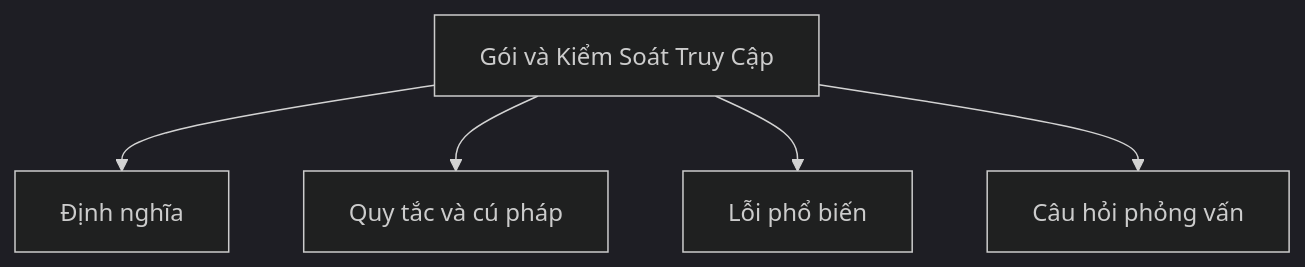
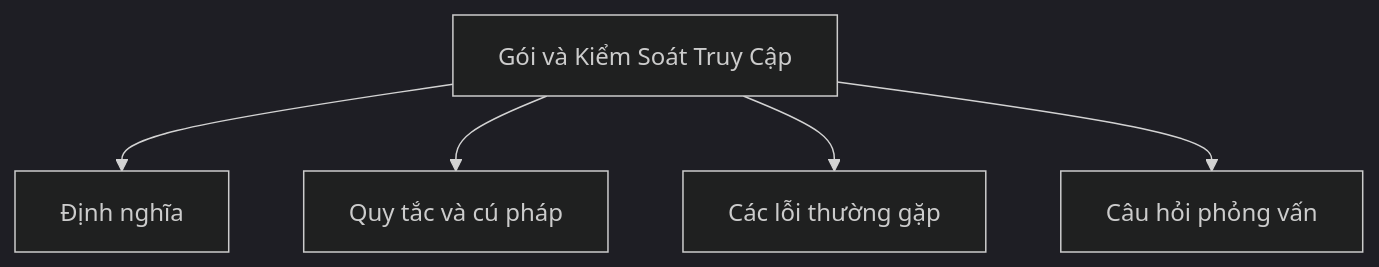
One commit to PhuThien2005/theoretical-of-java-core changed the diagram in vi/11-package-access-control/README.md. Above: the diagram before and after it, drawn with Mermaid (dark theme). The commit also changed other lines of this file and 229 other files, not shown here.

````diff
--- a/vi/11-package-access-control/README.md
+++ b/vi/11-package-access-control/README.md
@@ -40,7 +40,7 @@
 ```mermaid
 flowchart TD
-    A[Gói và Kiểm Soát Truy Cập] --> B[Định nghĩa]
-    A --> C[Quy tắc và cú pháp]
-    A --> D[Lỗi phổ biến]
-    A --> E[Câu hỏi phỏng vấn]
+    A["Gói và Kiểm Soát Truy Cập"] --> B["Định nghĩa"]
+    A --> C["Quy tắc và cú pháp"]
+    A --> D["Các lỗi thường gặp"]
+    A --> E["Câu hỏi phỏng vấn"]
 ```
````
